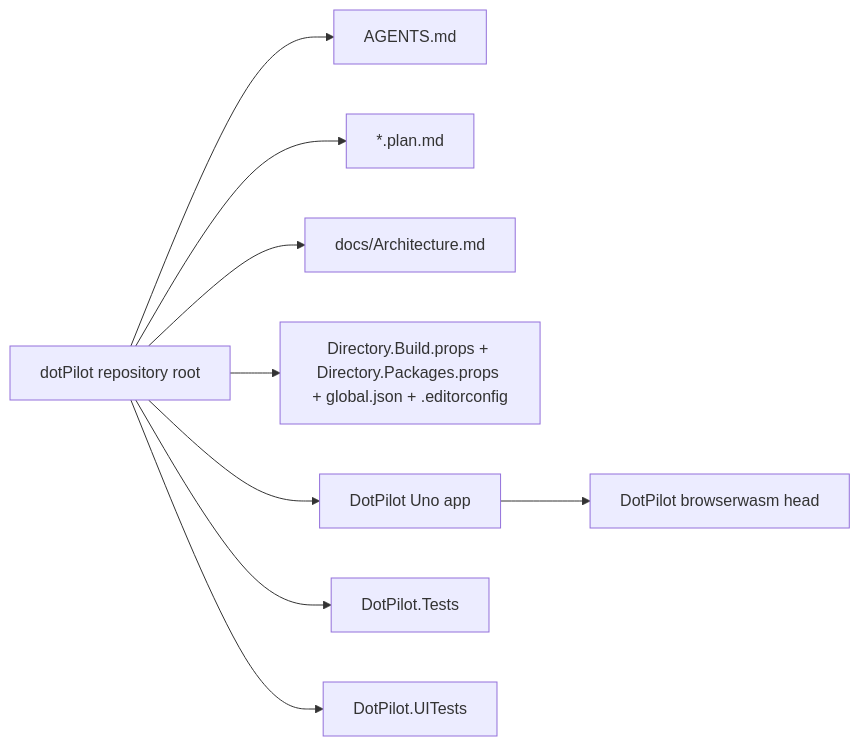
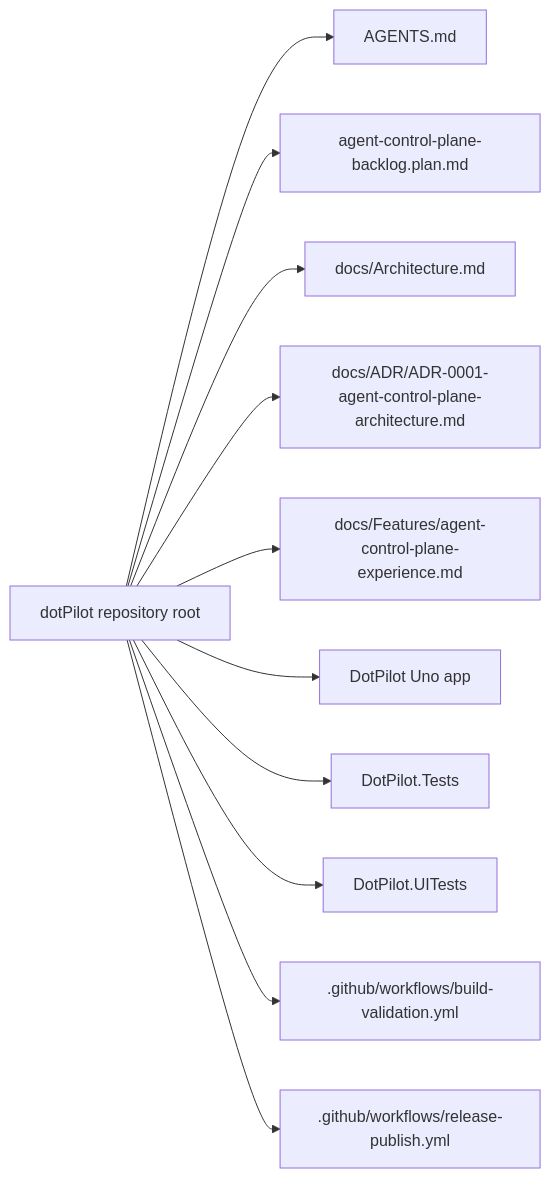
The first of 3 diagrams in docs/Architecture.md (managedcode/dotPilot), drawn with Mermaid before and after one commit. The commit also changed other lines of this file and 10 other files, not shown here.

````diff
--- a/docs/Architecture.md
+++ b/docs/Architecture.md
@@ -24,21 +25,25 @@
 ```mermaid
 flowchart LR
   Root["dotPilot repository root"]
   RootAgents["AGENTS.md"]
-  Plan["*.plan.md"]
-  Docs["docs/Architecture.md"]
-  Build["Directory.Build.props + Directory.Packages.props + global.json + .editorconfig"]
+  Plan["agent-control-plane-backlog.plan.md"]
+  Architecture["docs/Architecture.md"]
+  Adr["docs/ADR/ADR-0001-agent-control-plane-architecture.md"]
+  Feature["docs/Features/agent-control-plane-experience.md"]
   App["DotPilot Uno app"]
-  BrowserHead["DotPilot browserwasm head"]
   Unit["DotPilot.Tests"]
   Ui["DotPilot.UITests"]
+  BuildWorkflow[".github/workflows/build-validation.yml"]
+  ReleaseWorkflow[".github/workflows/release-publish.yml"]
 
   Root --> RootAgents
   Root --> Plan
-  Root --> Docs
-  Root --> Build
+  Root --> Architecture
+  Root --> Adr
+  Root --> Feature
   Root --> App
-  App --> BrowserHead
   Root --> Unit
   Root --> Ui
+  Root --> BuildWorkflow
+  Root --> ReleaseWorkflow
 ```
````
